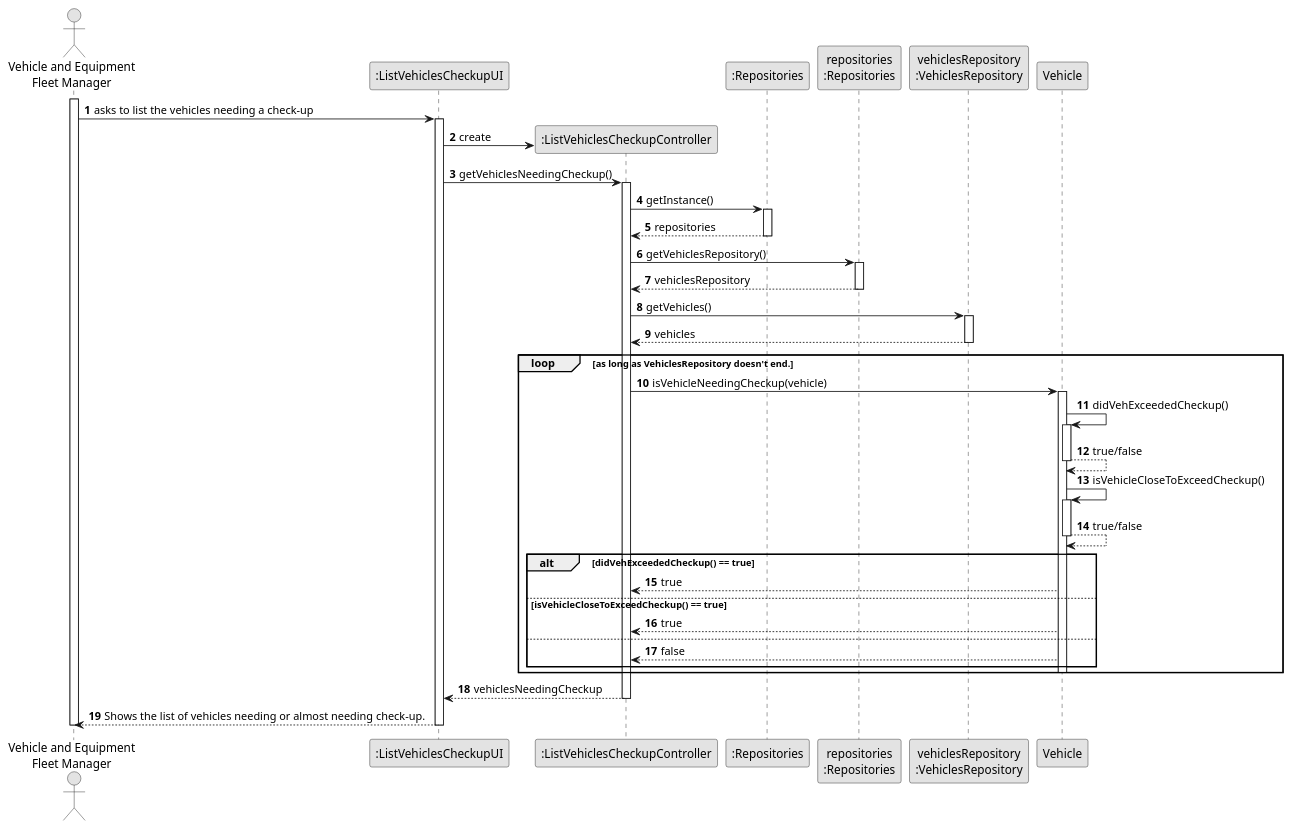
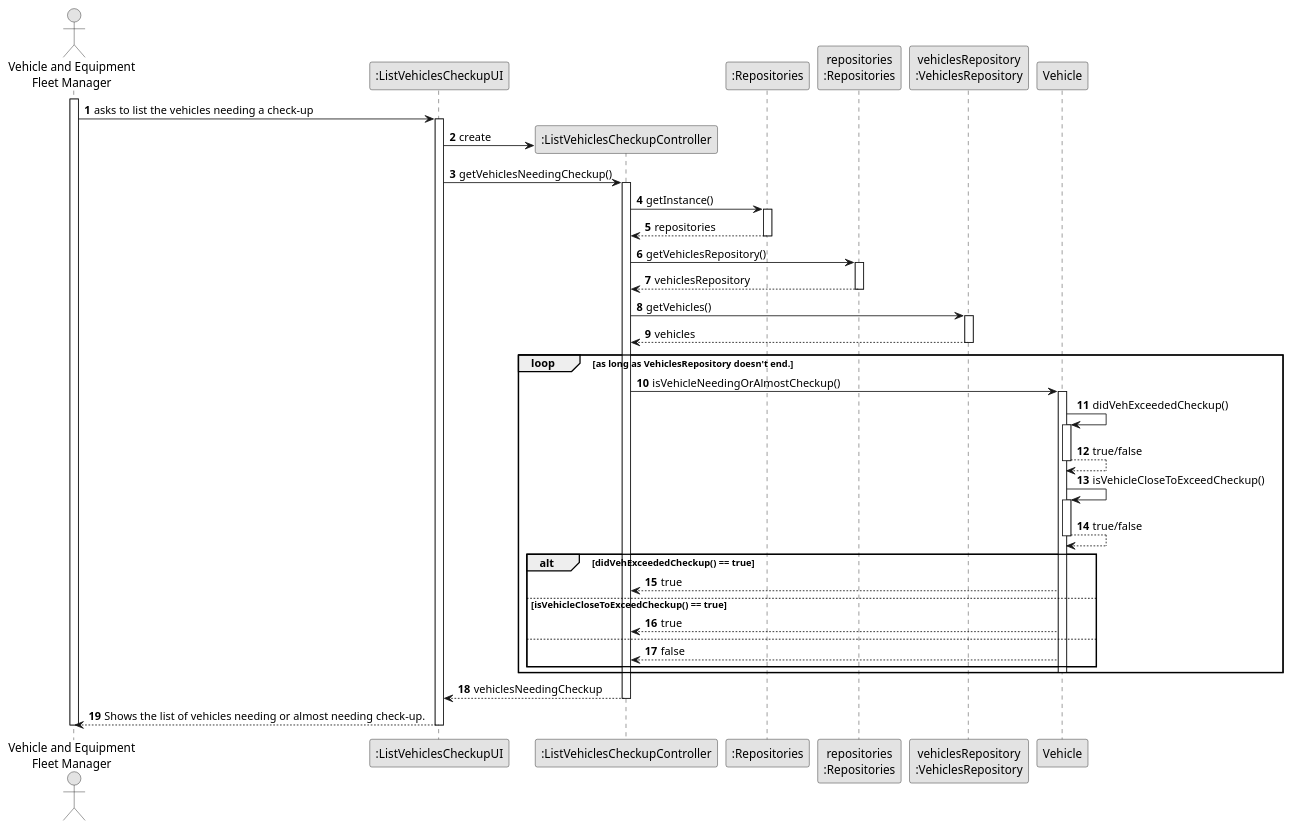
Before and after one commit to 1231360-ISEP/lei-24-s2-1db-g021: the diagram in docs/sprint2/us008/03.design/puml/us008-sequence-diagram-full.puml, drawn with PlantUML. The commit also changed 1 other file, not shown here.

Commit message:
US008 - Making the Sequence Diagram. US008 - Starting the Class Diagram.

```diff
--- a/docs/sprint2/us008/03.design/puml/us008-sequence-diagram-full.puml
+++ b/docs/sprint2/us008/03.design/puml/us008-sequence-diagram-full.puml
@@ -1,80 +1,81 @@
 @startuml
 skinparam monochrome true
 skinparam packageStyle rectangle
 skinparam shadowing false
 
 autonumber
 
 'hide footbox
 actor "Vehicle and Equipment\nFleet Manager" as ADM
 participant ":ListVehiclesCheckupUI" as UI
 participant ":ListVehiclesCheckupController" as CTRL
 participant ":Repositories" as RepositorySingleton
 participant "repositories\n:Repositories" as PLAT
 participant "vehiclesRepository\n:VehiclesRepository" as VehRepo
 participant "Vehicle" as Veh
 
 activate ADM
     ADM -> UI : asks to list the vehicles needing a check-up
 
     activate UI
         UI -> CTRL** : create
         UI -> CTRL : getVehiclesNeedingCheckup()
 
         activate CTRL
 
             CTRL -> RepositorySingleton : getInstance()
 
             activate RepositorySingleton
                 RepositorySingleton --> CTRL: repositories
             deactivate RepositorySingleton
 
             CTRL -> PLAT : getVehiclesRepository()
 
             activate PLAT
                 PLAT --> CTRL: vehiclesRepository
             deactivate PLAT
 
             CTRL -> VehRepo : getVehicles()
 
             activate VehRepo
                 VehRepo --> CTRL : vehicles
             deactivate VehRepo
 
             loop as long as VehiclesRepository doesn't end.
-                CTRL -> Veh : isVehicleNeedingCheckup(vehicle)
+
+                CTRL -> Veh : isVehicleNeedingOrAlmostCheckup()
 
                 activate Veh
 
                     Veh -> Veh : didVehExceededCheckup()
                     activate Veh
                         Veh --> Veh : true/false
                     deactivate Veh
 
                     Veh -> Veh : isVehicleCloseToExceedCheckup()
 
                     activate Veh
                         Veh --> Veh : true/false
                     deactivate Veh
 
                     alt didVehExceededCheckup() == true
                         Veh --> CTRL : true
                     else isVehicleCloseToExceedCheckup() == true
                         Veh --> CTRL : true
                     else
                         Veh --> CTRL : false
                     end
 
                 deactivate Veh
 
             end
 
             CTRL --> UI : vehiclesNeedingCheckup
         deactivate CTRL
 
         UI --> ADM : Shows the list of vehicles needing or almost needing check-up.
     deactivate UI
 
 deactivate ADM
 
 @enduml
```
